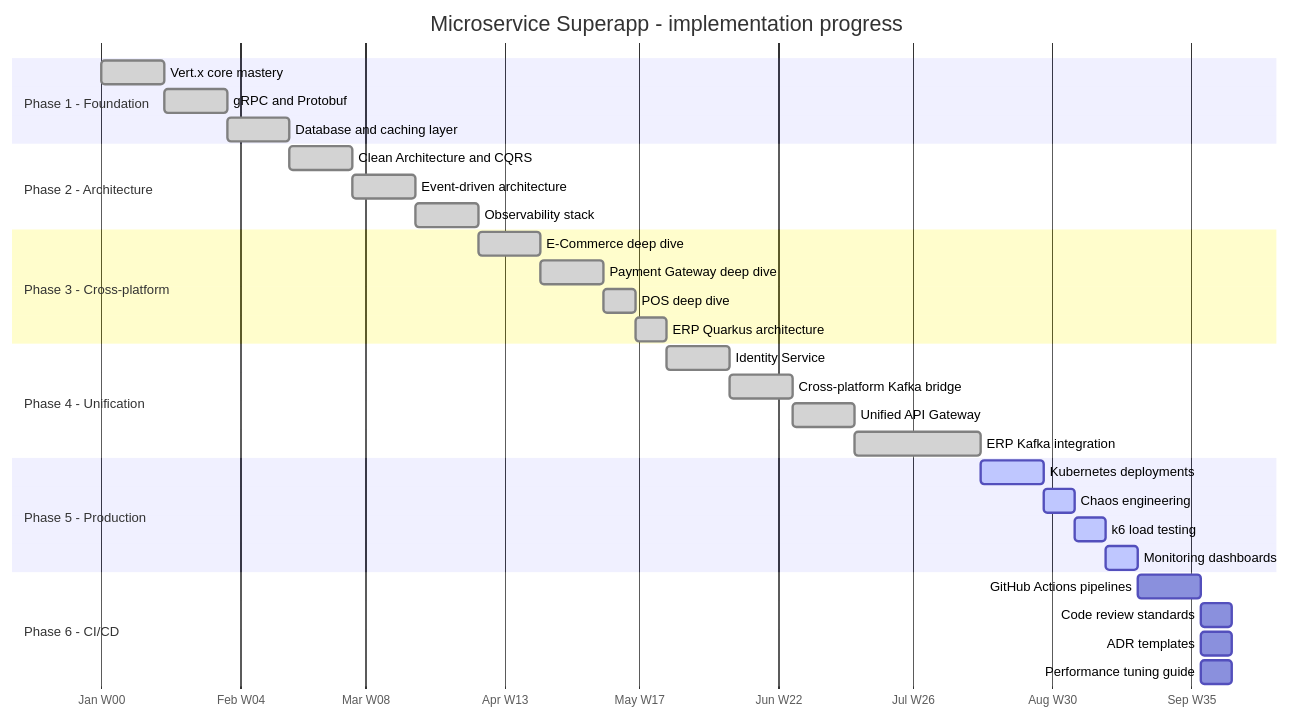
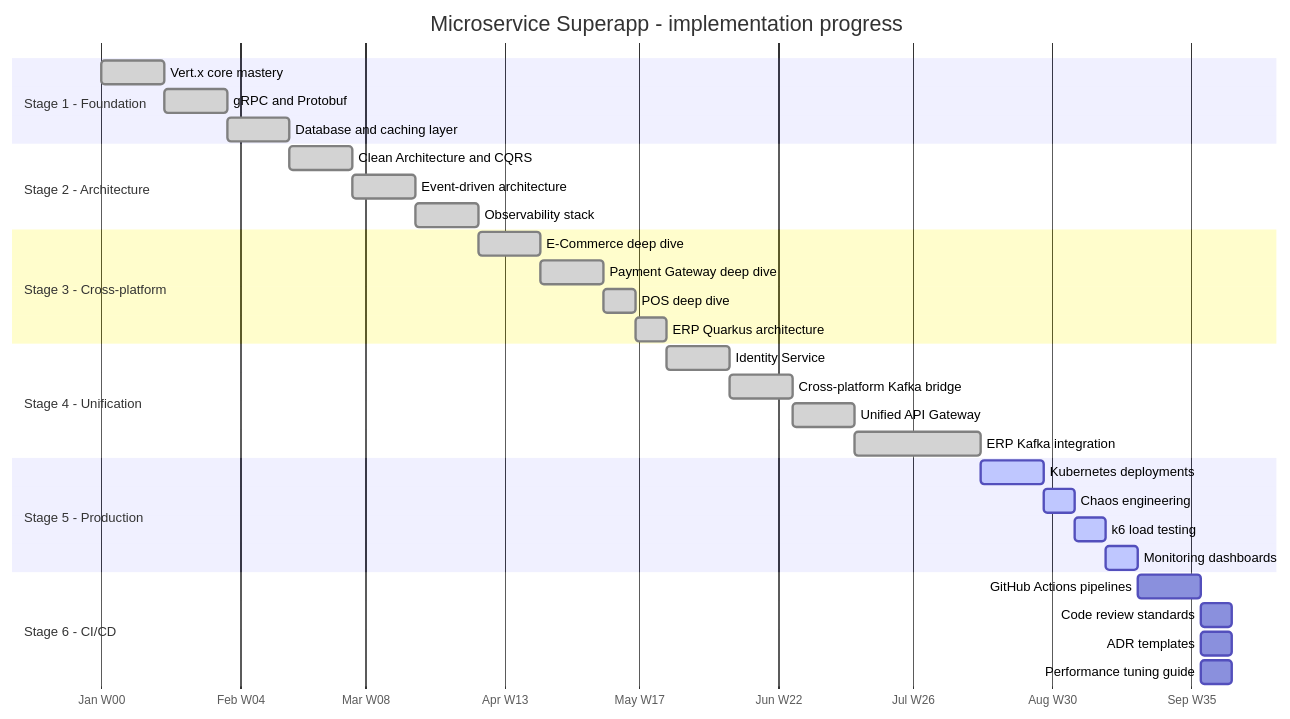
Diagram 15 of 18 in src/content/portfolio/microservice-superapp-java.mdx (renaldyhidayatt/renaldyhidayatt.github.io), drawn with Mermaid before and after one commit. The commit also changed other lines of this file and 115 other files, not shown here.

````diff
--- a/src/content/portfolio/microservice-superapp-java.mdx
+++ b/src/content/portfolio/microservice-superapp-java.mdx
@@ -1580,40 +1578,40 @@
 ```mermaid
 gantt
     title Microservice Superapp - implementation progress
     dateFormat  YYYY-MM-DD
     axisFormat  %b W%W
 
-    section Phase 1 - Foundation
+    section Stage 1 - Foundation
     Vert.x core mastery            :done, p1, 2026-01-01, 14d
     gRPC and Protobuf              :done, p1b, after p1, 14d
     Database and caching layer     :done, p1c, after p1b, 14d
 
-    section Phase 2 - Architecture
+    section Stage 2 - Architecture
     Clean Architecture and CQRS    :done, p2, after p1c, 14d
     Event-driven architecture       :done, p2b, after p2, 14d
     Observability stack             :done, p2c, after p2b, 14d
 
-    section Phase 3 - Cross-platform
+    section Stage 3 - Cross-platform
     E-Commerce deep dive           :done, p3, after p2c, 14d
     Payment Gateway deep dive      :done, p3b, after p3, 14d
     POS deep dive                  :done, p3c, after p3b, 7d
     ERP Quarkus architecture       :done, p3d, after p3c, 7d
 
-    section Phase 4 - Unification
+    section Stage 4 - Unification
     Identity Service               :done, p4, after p3d, 14d
     Cross-platform Kafka bridge    :done, p4b, after p4, 14d
     Unified API Gateway             :done, p4c, after p4b, 14d
     ERP Kafka integration          :done, p4d, after p4c, 28d
 
-    section Phase 5 - Production
+    section Stage 5 - Production
     Kubernetes deployments         :active, p5, after p4d, 14d
     Chaos engineering               :active, p5b, after p5, 7d
     k6 load testing                 :active, p5c, after p5b, 7d
     Monitoring dashboards           :active, p5d, after p5c, 7d
 
-    section Phase 6 - CI/CD
+    section Stage 6 - CI/CD
     GitHub Actions pipelines        :p6, after p5d, 14d
     Code review standards           :p6b, after p6, 7d
     ADR templates                   :p6b, after p6, 7d
     Performance tuning guide        :p6b, after p6, 7d
 ```
````
